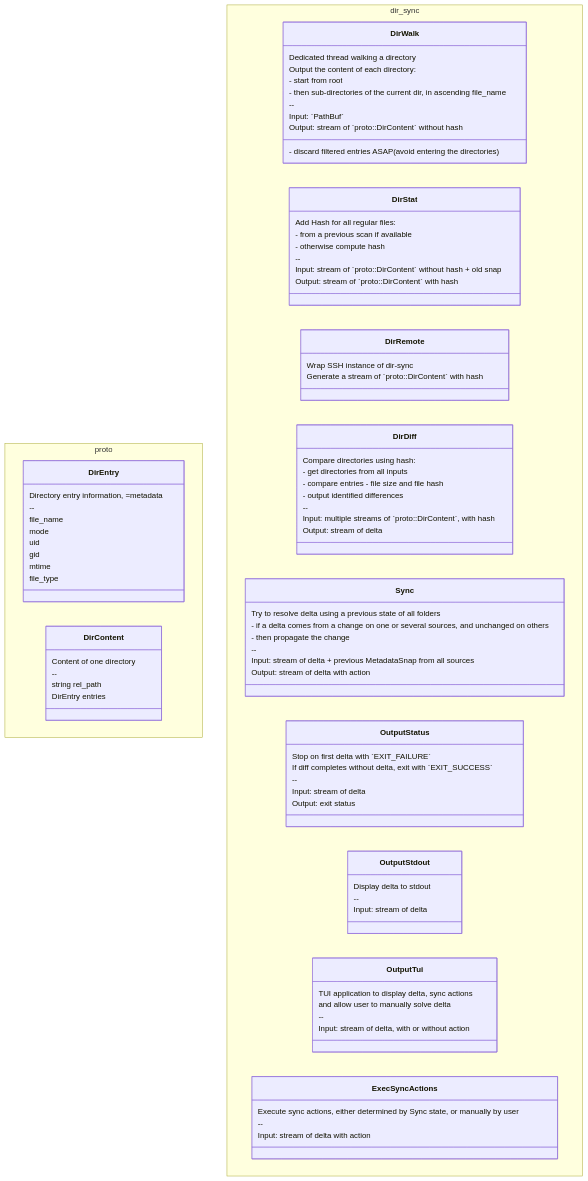
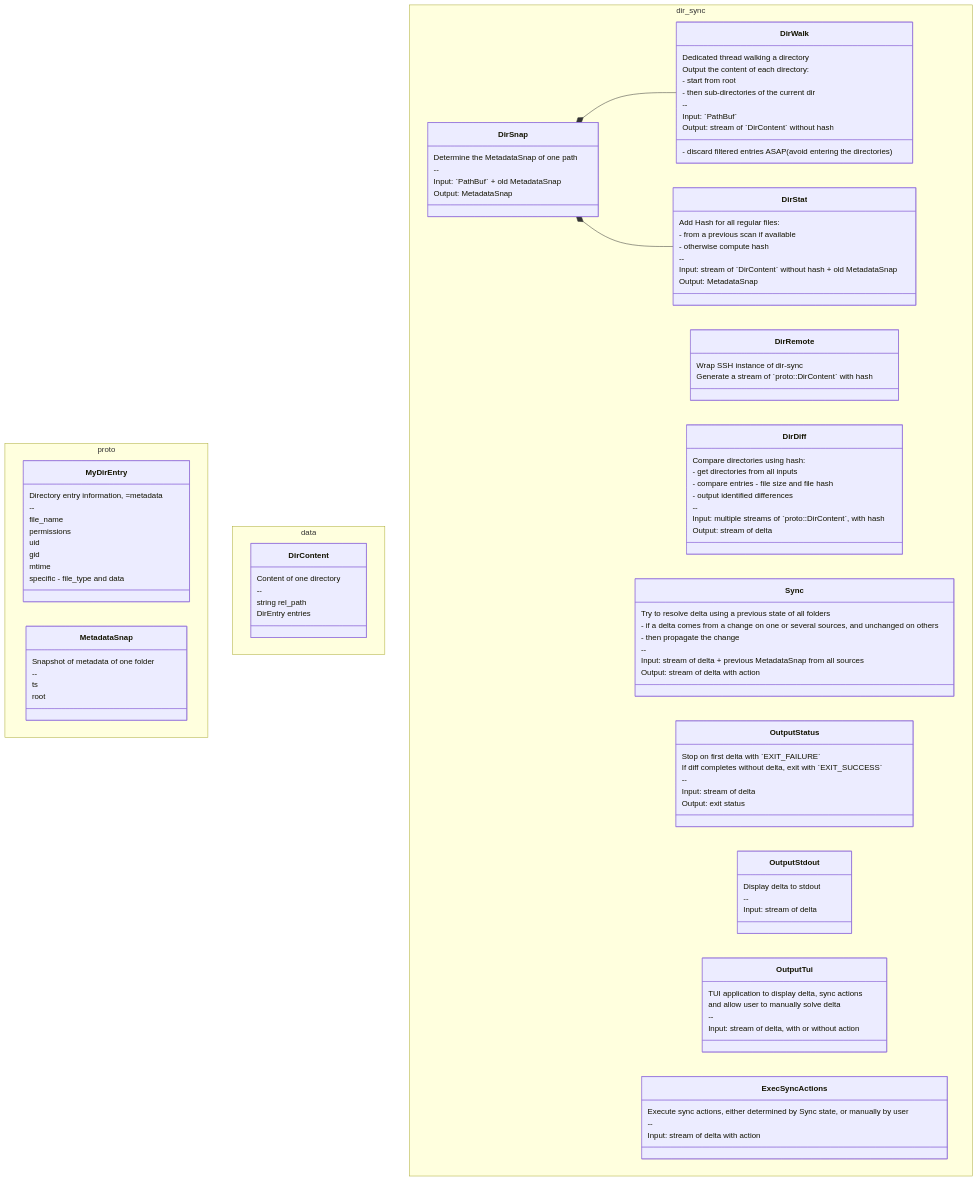
Before and after one commit to mic006/dir-sync: the first of 3 diagrams in doc/archi.md, drawn with Mermaid. The commit also changed other lines of this file and 6 other files, not shown here.

````diff
--- a/doc/archi.md
+++ b/doc/archi.md
@@ -5,16 +5,24 @@
 ```mermaid
 classDiagram
 namespace proto {
-    class DirEntry {
+    class MyDirEntry {
         Directory entry information, =metadata
         --
         file_name
-        mode
+        permissions
         uid
         gid
         mtime
-        file_type
+        specific - file_type and data
     }
+    class MetadataSnap {
+        Snapshot of metadata of one folder
+        --
+        ts
+        root
+    }
+}
+namespace data {
     class DirContent {
         Content of one directory
         --
@@ -27,20 +35,28 @@
         Dedicated thread walking a directory
         Output the content of each directory:
         - start from root
-        - then sub-directories of the current dir, in ascending file_name
+        - then sub-directories of the current dir
         - discard filtered entries ASAP (avoid entering the directories)
         --
         Input: `PathBuf`
-        Output: stream of `proto::DirContent` without hash
+        Output: stream of `DirContent` without hash
     }
     class DirStat {
         Add Hash for all regular files:
         - from a previous scan if available
         - otherwise compute hash
         --
-        Input: stream of `proto::DirContent` without hash + old snap
-        Output: stream of `proto::DirContent` with hash
+        Input: stream of `DirContent` without hash + old MetadataSnap
+        Output: MetadataSnap
     }
+    class DirSnap {
+        Determine the MetadataSnap of one path
+        --
+        Input: `PathBuf` + old MetadataSnap
+        Output: MetadataSnap
+    }
+
+
     class DirRemote {
         Wrap SSH instance of dir-sync
         Generate a stream of `proto::DirContent` with hash        
@@ -86,4 +102,7 @@
         Input: stream of delta with action
     }
 }
+
+DirSnap *-- DirWalk
+DirSnap *-- DirStat
 ```
````
